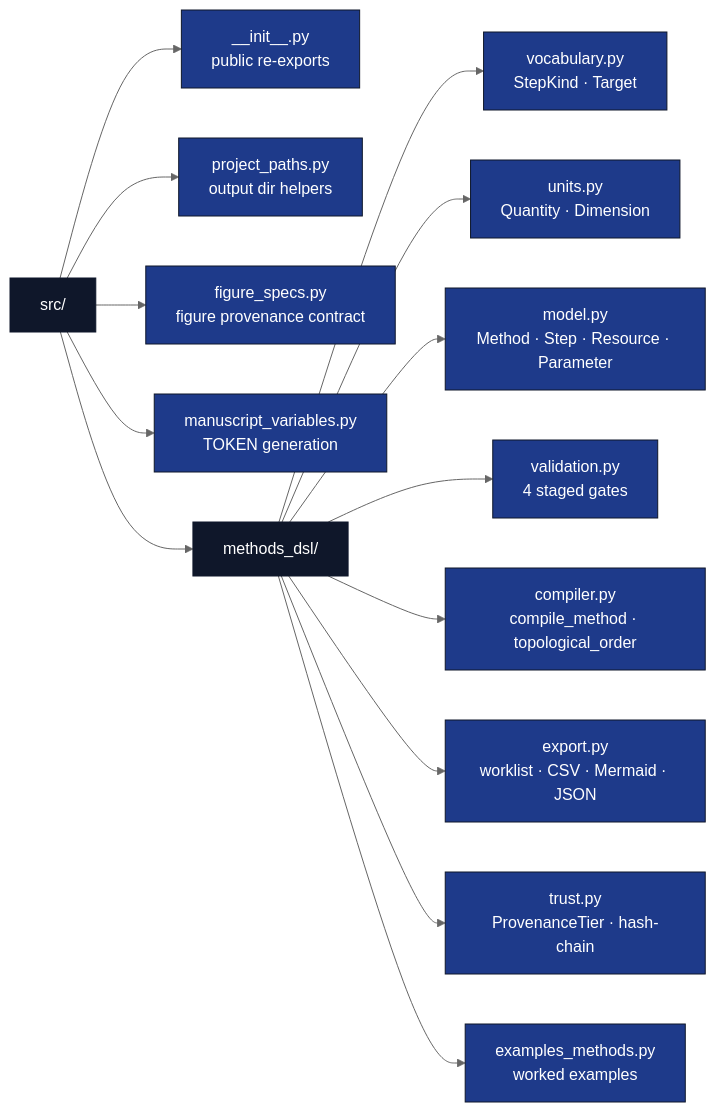
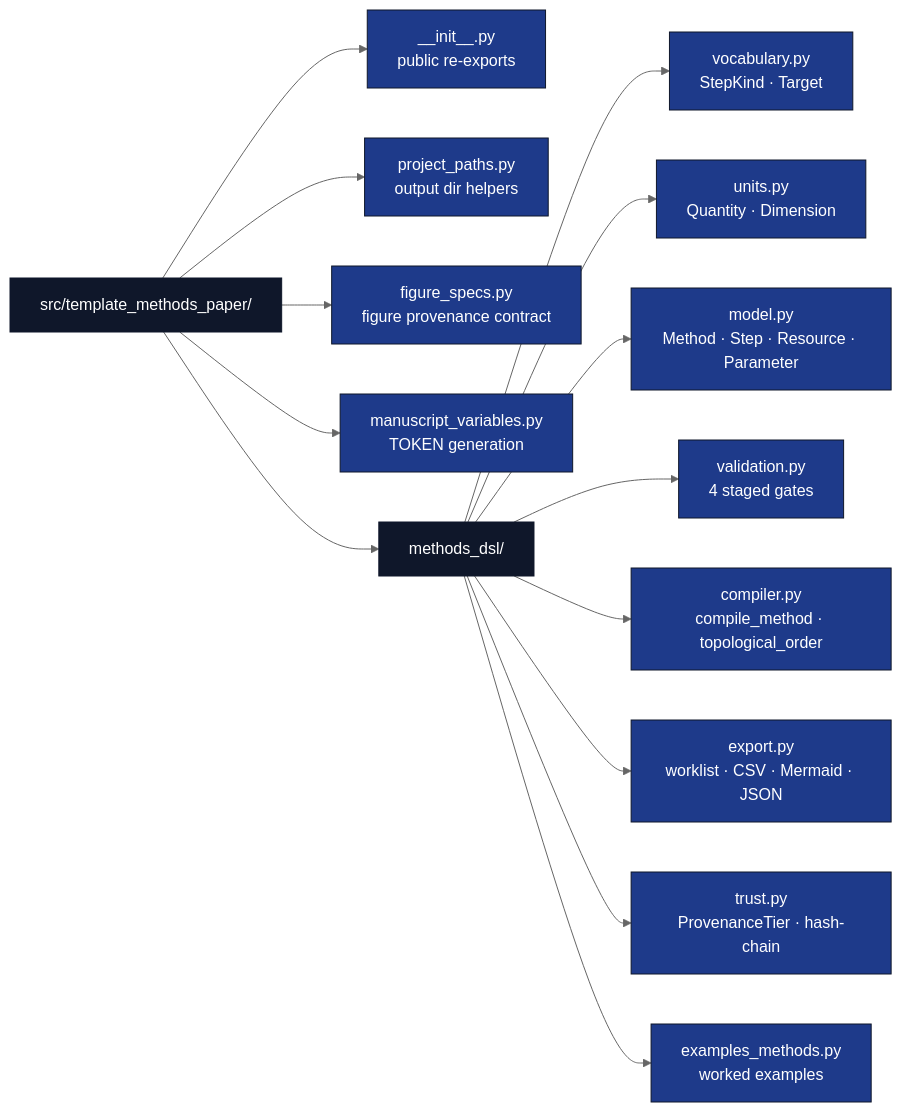
The diagram in projects/templates/template_methods_paper/src/template_methods_paper/AGENTS.md (docxology/template), drawn with Mermaid (neutral theme) before and after one commit. The commit also changed other lines of this file and 153 other files, not shown here.

````diff
--- a/projects/templates/template_methods_paper/src/template_methods_paper/AGENTS.md
+++ b/projects/templates/template_methods_paper/src/template_methods_paper/AGENTS.md
@@ -36,22 +37,22 @@
 ```mermaid
 flowchart LR
-    SRC["src/"]
+    SRC["src/template_methods_paper/"]
     SRC --> INIT[__init__.py<br/>public re-exports]
     SRC --> PP[project_paths.py<br/>output dir helpers]
     SRC --> FS[figure_specs.py<br/>figure provenance contract]
     SRC --> MV[manuscript_variables.py<br/>TOKEN generation]
     SRC --> DSL["methods_dsl/"]
     DSL --> VOC[vocabulary.py<br/>StepKind · Target]
     DSL --> UNI[units.py<br/>Quantity · Dimension]
     DSL --> MDL[model.py<br/>Method · Step · Resource · Parameter]
     DSL --> VAL[validation.py<br/>4 staged gates]
     DSL --> CMP[compiler.py<br/>compile_method · topological_order]
     DSL --> EXP[export.py<br/>worklist · CSV · Mermaid · JSON]
     DSL --> TRU[trust.py<br/>ProvenanceTier · hash-chain]
     DSL --> EX2[examples_methods.py<br/>worked examples]
 
     classDef d fill:#0f172a,stroke:#0f172a,color:#fff
     classDef code fill:#1e3a8a,stroke:#0f172a,color:#fff
     class SRC,DSL d
     class INIT,PP,FS,MV,VOC,UNI,MDL,VAL,CMP,EXP,TRU,EX2 code
 ```
````
